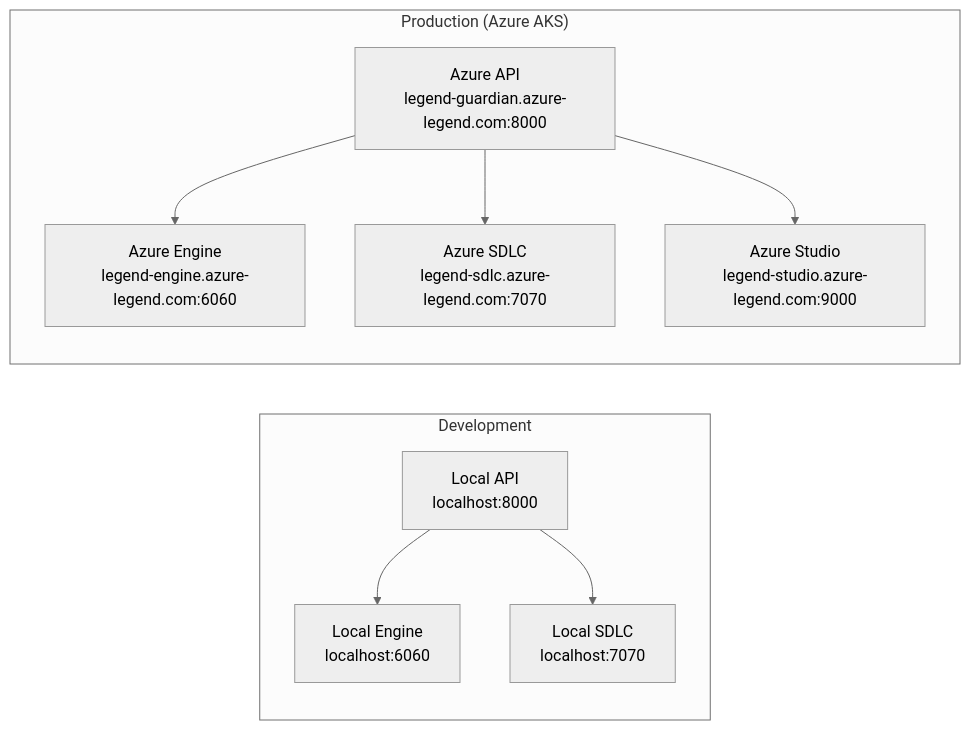
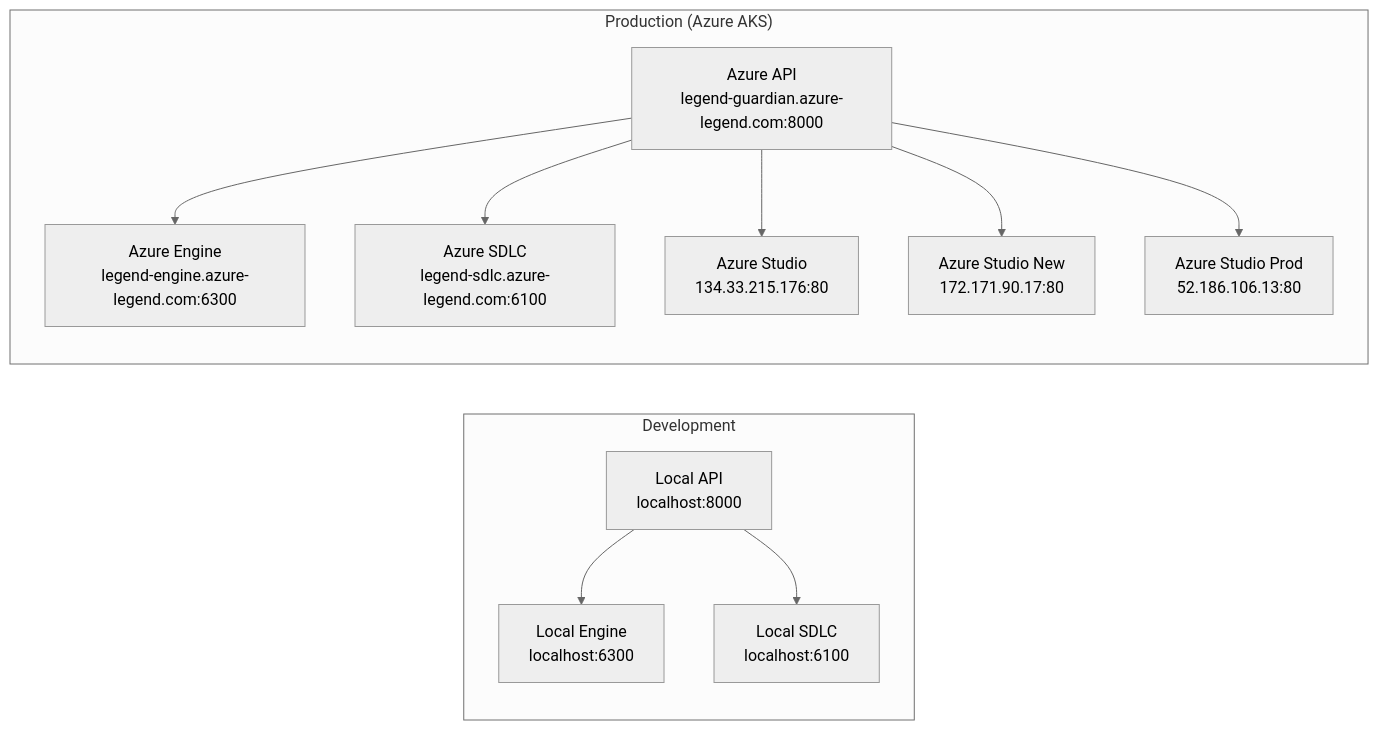
The sixth of 6 diagrams in docs/architecture.md (atheryon-ai/legend-guardian-workspace), drawn with Mermaid (neutral theme) before and after one commit. The commit also changed other lines of this file and 103 other files, not shown here.

````diff
--- a/docs/architecture.md
+++ b/docs/architecture.md
@@ -323,22 +609,26 @@
 ```mermaid
 graph LR
     subgraph "Development"
         DEV_API[Local API<br/>localhost:8000]
-        DEV_ENGINE[Local Engine<br/>localhost:6060]
-        DEV_SDLC[Local SDLC<br/>localhost:7070]
+        DEV_ENGINE[Local Engine<br/>localhost:6300]
+        DEV_SDLC[Local SDLC<br/>localhost:6100]
     end
-    
+  
     subgraph "Production (Azure AKS)"
         PROD_API[Azure API<br/>legend-guardian.azure-legend.com:8000]
-        PROD_ENGINE[Azure Engine<br/>legend-engine.azure-legend.com:6060]
-        PROD_SDLC[Azure SDLC<br/>legend-sdlc.azure-legend.com:7070]
-        PROD_STUDIO[Azure Studio<br/>legend-studio.azure-legend.com:9000]
+        PROD_ENGINE[Azure Engine<br/>legend-engine.azure-legend.com:6300]
+        PROD_SDLC[Azure SDLC<br/>legend-sdlc.azure-legend.com:6100]
+        PROD_STUDIO[Azure Studio<br/>134.33.215.176:80]
+        PROD_STUDIO_NEW[Azure Studio New<br/>172.171.90.17:80]
+        PROD_STUDIO_PROD[Azure Studio Prod<br/>52.186.106.13:80]
     end
-    
+  
     DEV_API --> DEV_ENGINE
     DEV_API --> DEV_SDLC
-    
+  
     PROD_API --> PROD_ENGINE
     PROD_API --> PROD_SDLC
     PROD_API --> PROD_STUDIO
+    PROD_API --> PROD_STUDIO_NEW
+    PROD_API --> PROD_STUDIO_PROD
 ```
````
